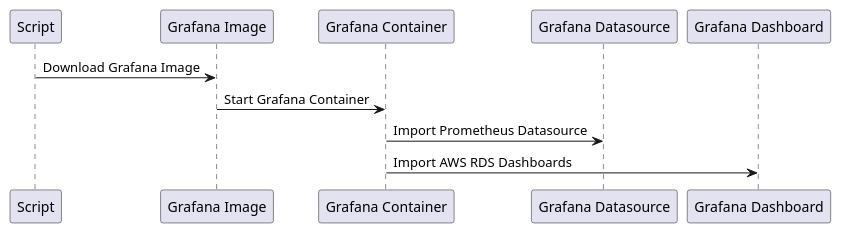
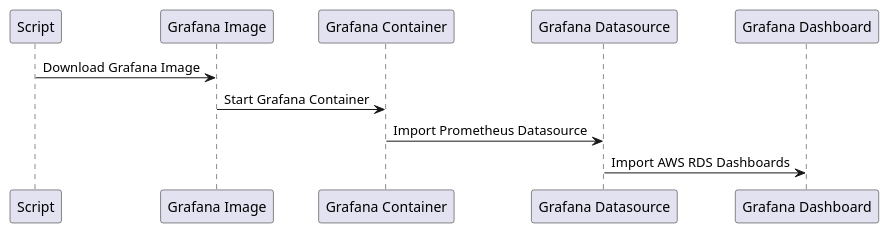
The fifth of 5 diagrams in Sequenzdiagramm.puml (blro-ep/ITCNE23-SEM-III), drawn with PlantUML before and after one commit. The commit also changed other lines of this file and 1 other file, not shown here.

Commit message:
Update Sequenzdiagramm

```diff
--- a/Sequenzdiagramm.puml
+++ b/Sequenzdiagramm.puml
@@ -57,12 +57,12 @@
 @startuml Grafana
 participant "Script" as Script
 participant "Grafana Image" as Image
 participant "Grafana Container" as Container
 participant "Grafana Datasource" as Datasource
 participant "Grafana Dashboard" as Dashboard
 
 Script -> Image: Download Grafana Image
 Image -> Container: Start Grafana Container
 Container -> Datasource: Import Prometheus Datasource
-Container -> Dashboard: Import AWS RDS Dashboards
+Datasource -> Dashboard: Import AWS RDS Dashboards
 @enduml
```
